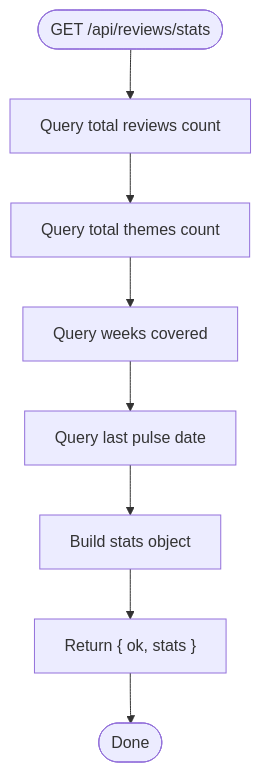
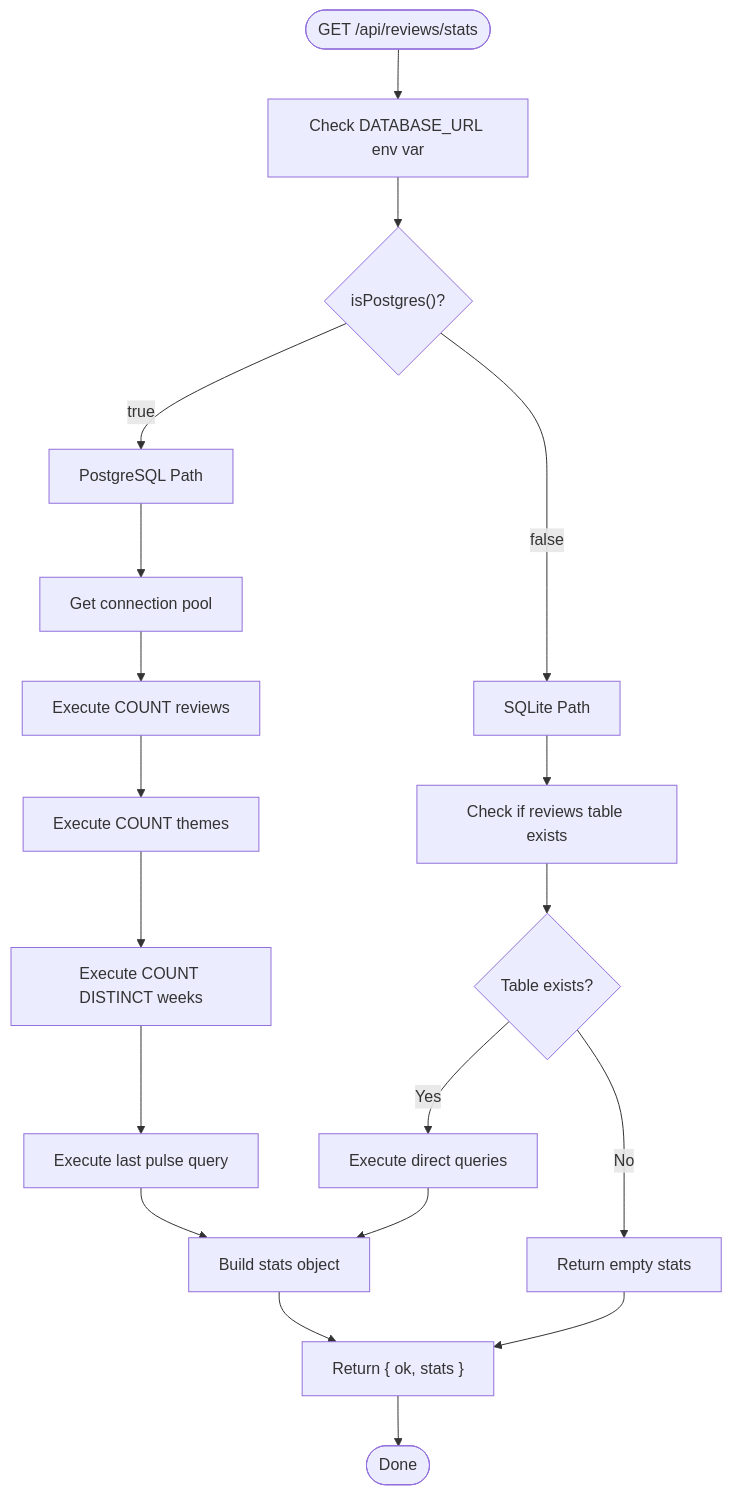
One commit to aravinthraj-ramalingam/Groww-App-Review-Insights-Analyzer- changed the third of 11 diagrams in .qoder/repowiki/en/content/API Reference/Phase 2 API Endpoints.md. Above: the diagram before and after it, drawn with Mermaid. The commit also changed other lines of this file and 4 other files, not shown here.

Commit message:
Add PostgreSQL support to reviews endpoint

````diff
--- a/.qoder/repowiki/en/content/API Reference/Phase 2 API Endpoints.md
+++ b/.qoder/repowiki/en/content/API Reference/Phase 2 API Endpoints.md
@@ -229,10 +211,21 @@
 ```mermaid
 flowchart TD
-Start(["GET /api/reviews/stats"]) --> QueryReviews["Query total reviews count"]
-QueryReviews --> QueryThemes["Query total themes count"]
-QueryThemes --> QueryWeeks["Query weeks covered"]
-QueryWeeks --> QueryLastPulse["Query last pulse date"]
+Start(["GET /api/reviews/stats"]) --> CheckBackend["Check DATABASE_URL env var"]
+CheckBackend --> IsPostgres{"isPostgres()? "}
+IsPostgres --> |true| UsePostgres["PostgreSQL Path"]
+IsPostgres --> |false| UseSQLite["SQLite Path"]
+UsePostgres --> PoolQuery["Get connection pool"]
+PoolQuery --> QueryReviews["Execute COUNT reviews"]
+QueryReviews --> QueryThemes["Execute COUNT themes"]
+QueryThemes --> QueryWeeks["Execute COUNT DISTINCT weeks"]
+QueryWeeks --> QueryLastPulse["Execute last pulse query"]
 QueryLastPulse --> BuildResponse["Build stats object"]
 BuildResponse --> ReturnOK["Return { ok, stats }"]
+UseSQLite --> TableCheck["Check if reviews table exists"]
+TableCheck --> Exists{"Table exists?"}
+Exists --> |No| ReturnEmpty["Return empty stats"]
+Exists --> |Yes| QueryDirect["Execute direct queries"]
+QueryDirect --> BuildResponse
+ReturnEmpty --> ReturnOK
 ReturnOK --> End(["Done"])
 ```
````
